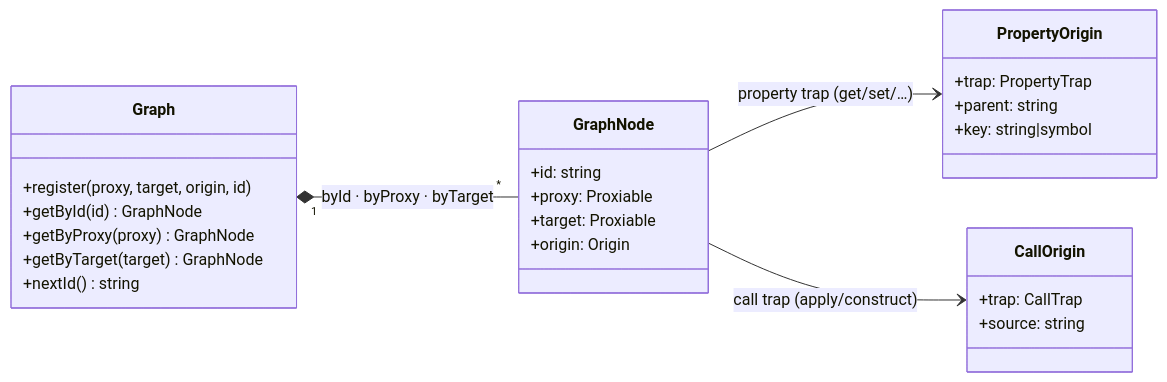
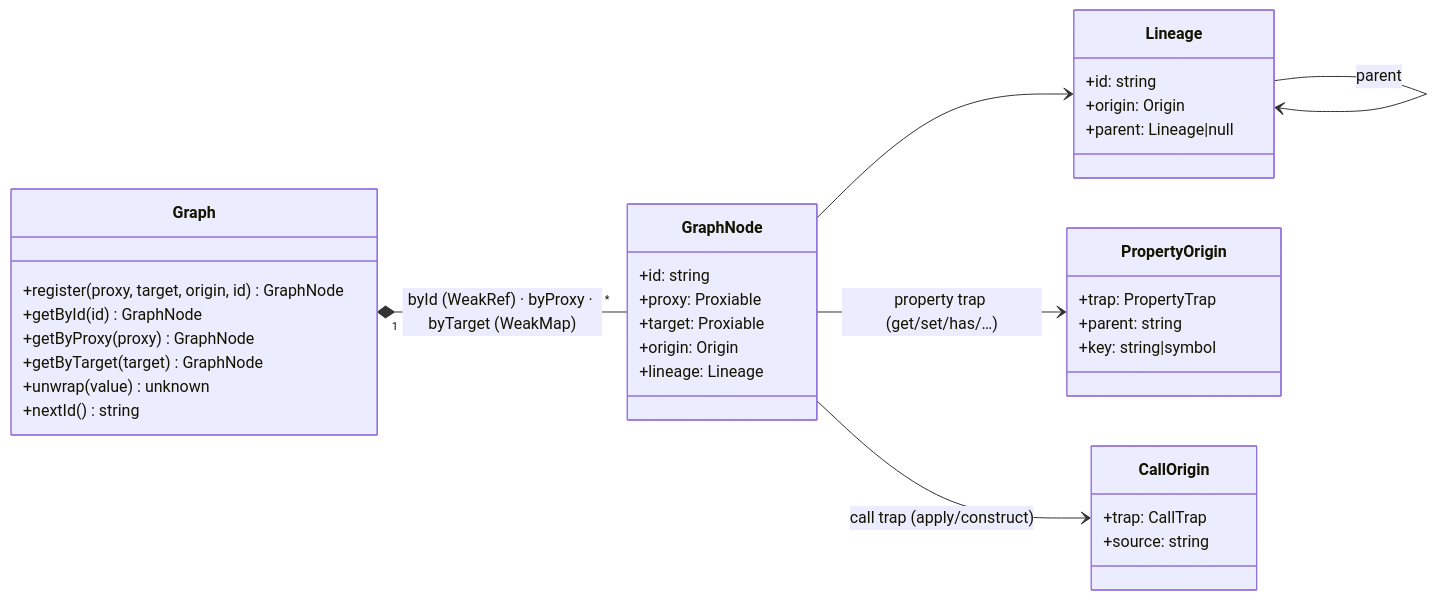
The third of 3 diagrams in DESIGN.md (rspieker/flugrekorder), drawn with Mermaid before and after one commit. The commit also changed other lines of this file and 1 other file, not shown here.

````diff
--- a/DESIGN.md
+++ b/DESIGN.md
@@ -174,29 +181,38 @@
 ```mermaid
 classDiagram
     direction LR
     class Graph {
-        +register(proxy, target, origin, id)
+        +register(proxy, target, origin, id) GraphNode
         +getById(id) GraphNode
         +getByProxy(proxy) GraphNode
         +getByTarget(target) GraphNode
+        +unwrap(value) unknown
         +nextId() string
     }
     class GraphNode {
         +id: string
         +proxy: Proxiable
         +target: Proxiable
         +origin: Origin
+        +lineage: Lineage
+    }
+    class Lineage {
+        +id: string
+        +origin: Origin
+        +parent: Lineage|null
     }
     class PropertyOrigin {
         +trap: PropertyTrap
         +parent: string
         +key: string|symbol
     }
     class CallOrigin {
         +trap: CallTrap
         +source: string
     }
-    Graph "1" *-- "*" GraphNode : byId · byProxy · byTarget
-    GraphNode --> PropertyOrigin : property trap (get/set/…)
+    Graph "1" *-- "*" GraphNode : byId (WeakRef) · byProxy · byTarget (WeakMap)
+    GraphNode --> Lineage
+    Lineage --> Lineage : parent
+    GraphNode --> PropertyOrigin : property trap (get/set/has/…)
     GraphNode --> CallOrigin : call trap (apply/construct)
 ```
````
